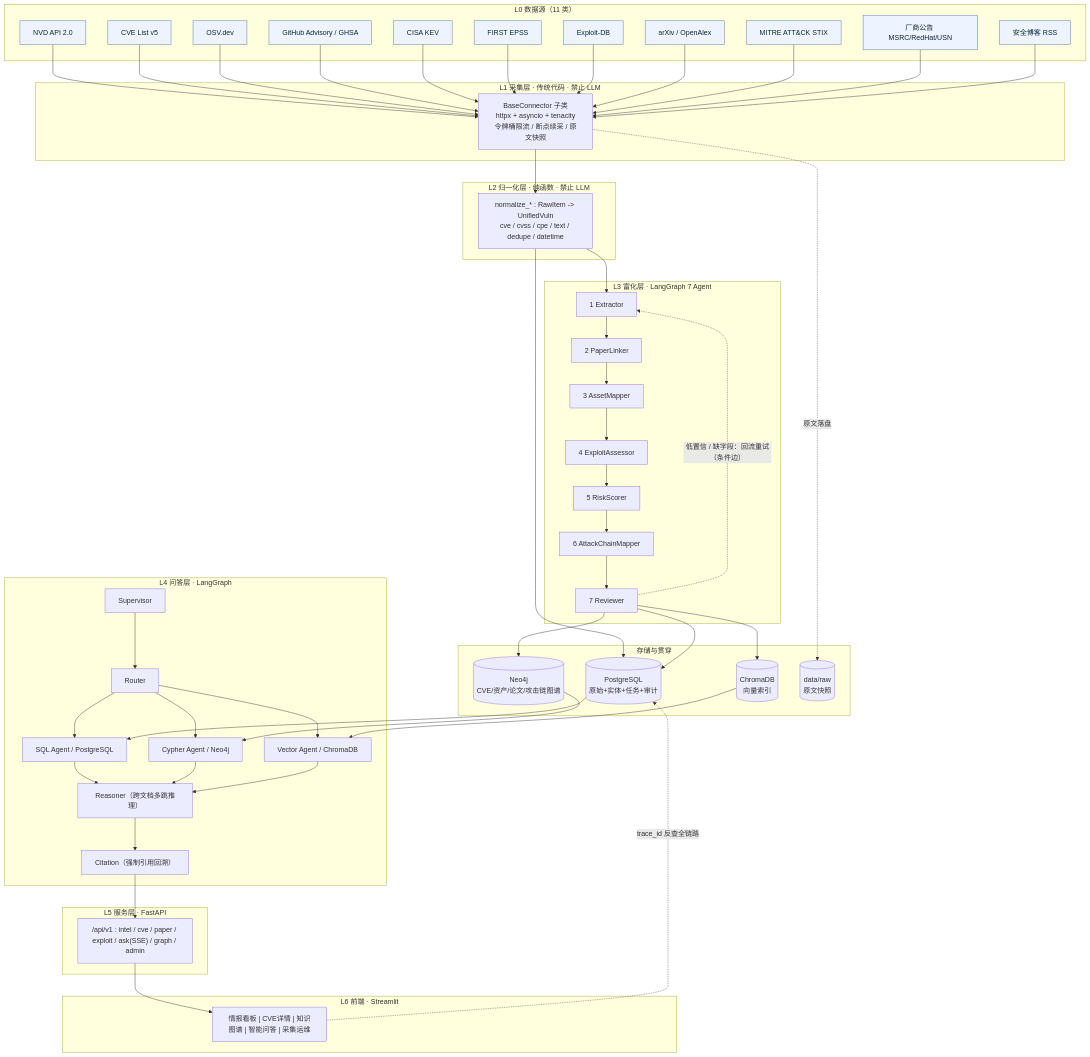
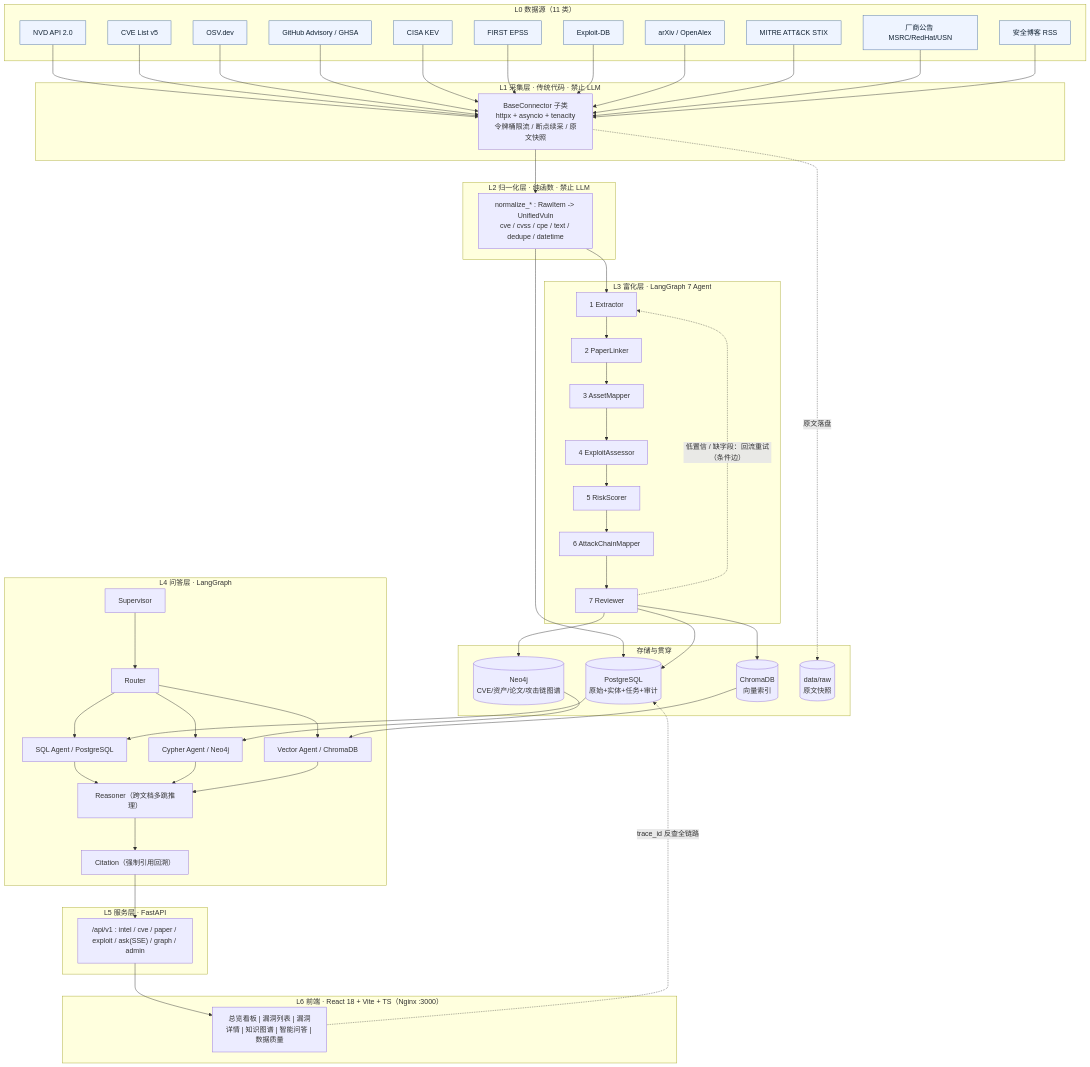
The first of 2 diagrams in PROJECT_PLAN.md (MingWang1423/MVP), drawn with Mermaid before and after one commit. The commit also changed other lines of this file and 31 other files, not shown here.

Commit message:
Day 21: 前端收敛（删除 Streamlit frontend/，全栈统一 frontend-react，compose 5 服务）

```diff
--- a/PROJECT_PLAN.md
+++ b/PROJECT_PLAN.md
@@ -101,8 +101,8 @@
         API["/api/v1 : intel / cve / paper / exploit / ask(SSE) / graph / admin"]
     end
 
-    subgraph L6["L6 前端 · Streamlit"]
-        UI["情报看板 | CVE详情 | 知识图谱 | 智能问答 | 采集运维"]
+    subgraph L6["L6 前端 · React 18 + Vite + TS（Nginx :3000）"]
+        UI["总览看板 | 漏洞列表 | 漏洞详情 | 知识图谱 | 智能问答 | 数据质量"]
     end
 
     subgraph ST["存储与贯穿"]
```
